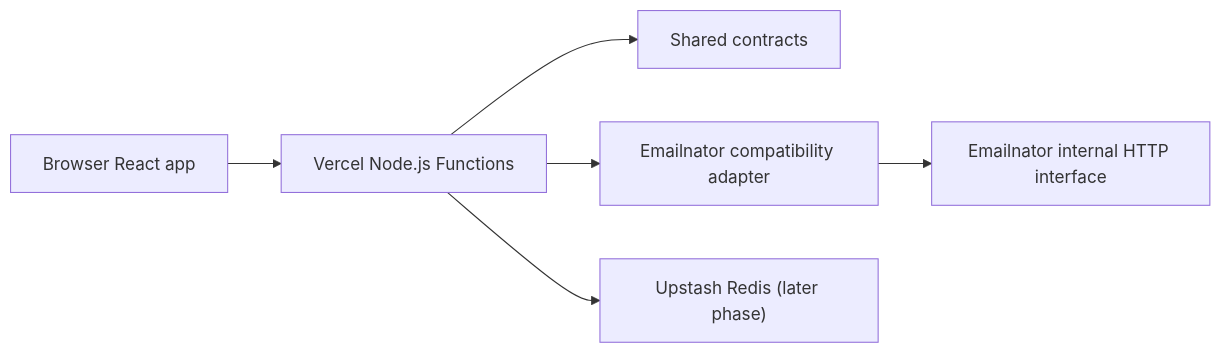
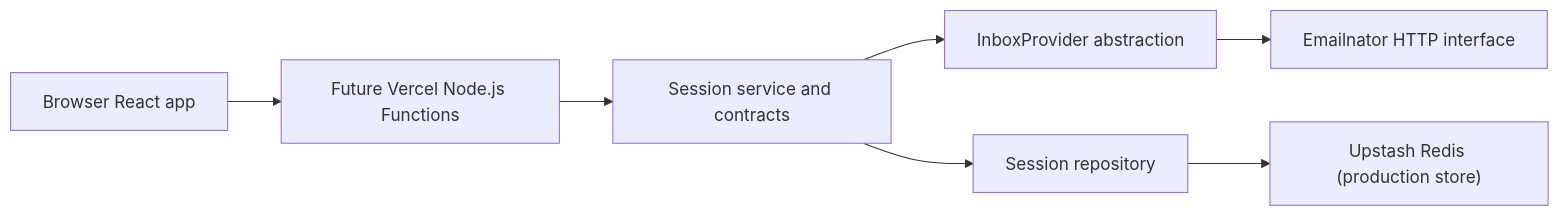
The diagram in email-shadow-panel/docs/specs/002-architecture.md (koldovsky/2026-fwdays-agentic-greenfield-task), drawn with Mermaid before and after one commit. The commit also changed other lines of this file and 30 other files, not shown here.

Commit message:
feat: add Phase 1 provider and session core

````diff
--- a/email-shadow-panel/docs/specs/002-architecture.md
+++ b/email-shadow-panel/docs/specs/002-architecture.md
@@ -11,8 +11,9 @@
 ```mermaid
 flowchart LR
-  Browser["Browser React app"] --> API["Vercel Node.js Functions"]
-  API --> Contracts["Shared contracts"]
-  API --> Adapter["Emailnator compatibility adapter"]
-  API --> Redis["Upstash Redis (later phase)"]
-  Adapter --> Emailnator["Emailnator internal HTTP interface"]
+  Browser["Browser React app"] --> API["Future Vercel Node.js Functions"]
+  API --> Domain["Session service and contracts"]
+  Domain --> Provider["InboxProvider abstraction"]
+  Domain --> Repo["Session repository"]
+  Provider --> Emailnator["Emailnator HTTP interface"]
+  Repo --> Redis["Upstash Redis (production store)"]
 ```
````
